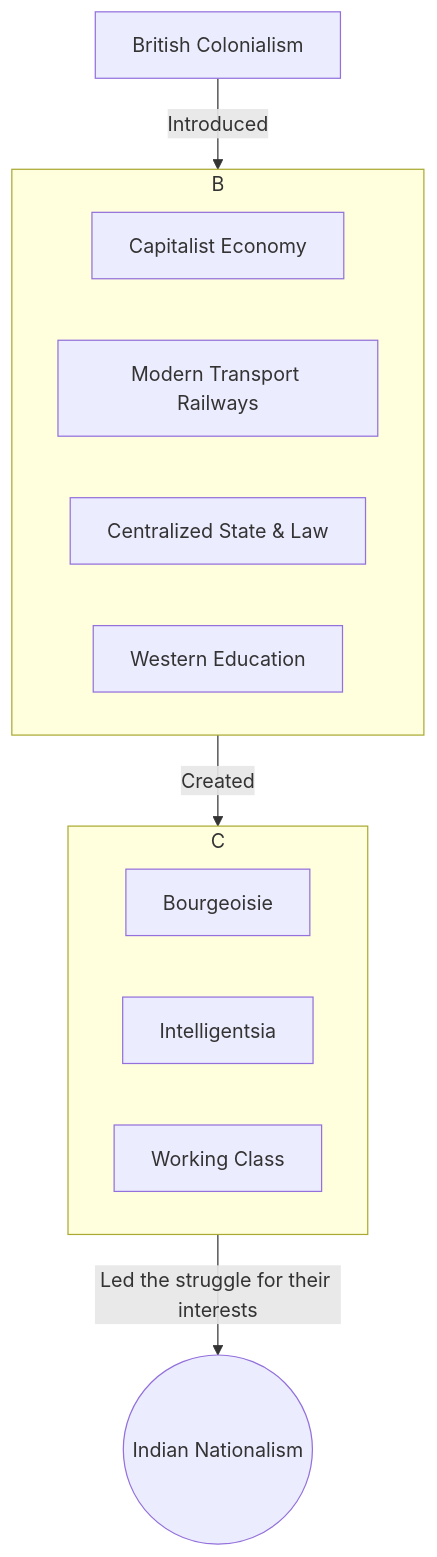
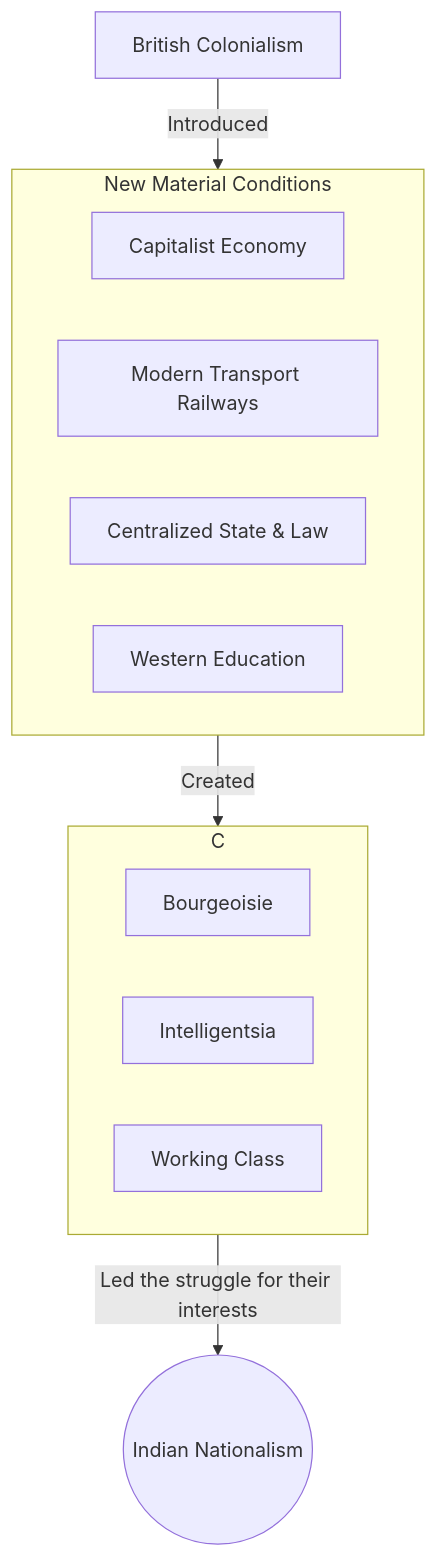
Before and after one commit to elevate0123/CSE: the second of 14 diagrams in 06 Sociology/Value Addition/Paper 2 Crisp Notes.md, drawn with Mermaid. The commit also changed other lines of this file and 15 other files, not shown here.

````diff
--- a/06 Sociology/Value Addition/Paper 2 Crisp Notes.md
+++ b/06 Sociology/Value Addition/Paper 2 Crisp Notes.md
@@ -158,20 +158,20 @@
 ```mermaid
 	graph TD
     A[British Colonialism];
     A --"Introduced"--> B[New Material Conditions];
     B --"Created"--> C[New Social Classes];
     C --"Led the struggle for their interests"--> D((Indian Nationalism));
 
-    subgraph B
+    subgraph B[New Material Conditions]
         B1[Capitalist Economy]
         B2[Modern Transport Railways]
         B3[Centralized State & Law]
         B4[Western Education]
     end
 
     subgraph C
         C1[Bourgeoisie]
         C2[Intelligentsia]
         C3[Working Class]
     end
 ```
````
